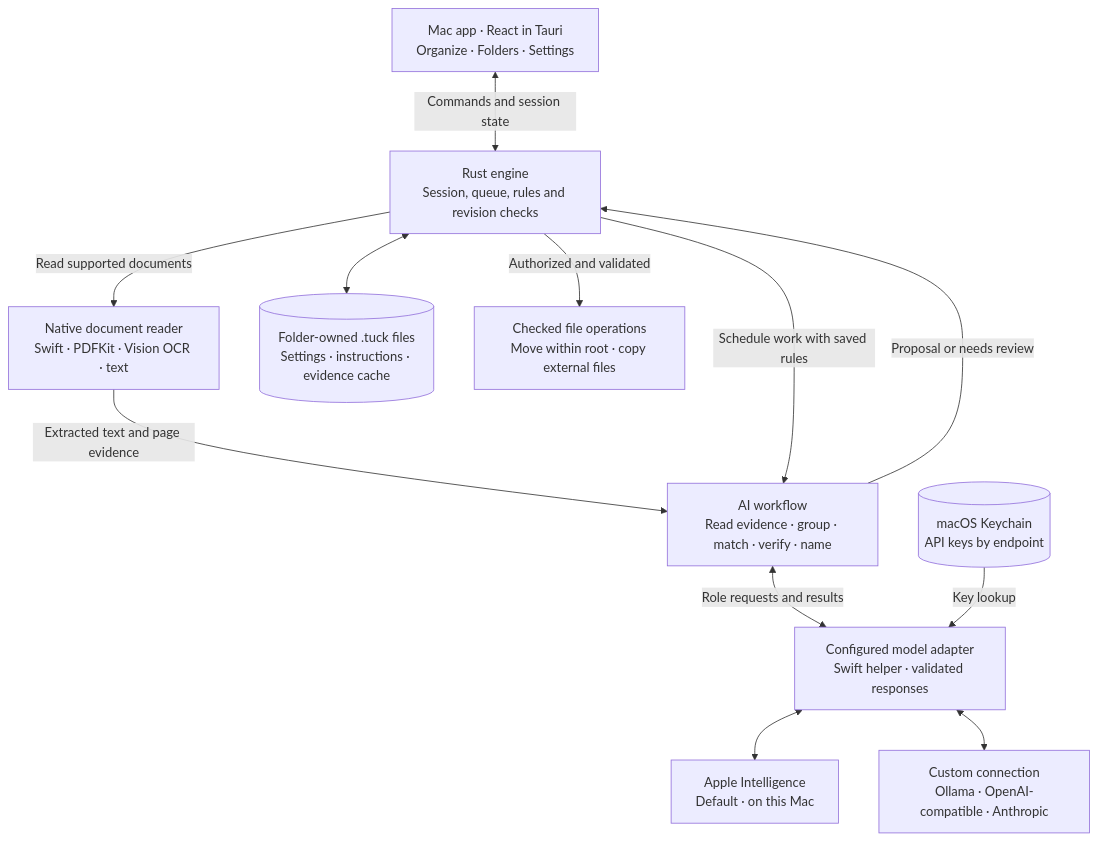
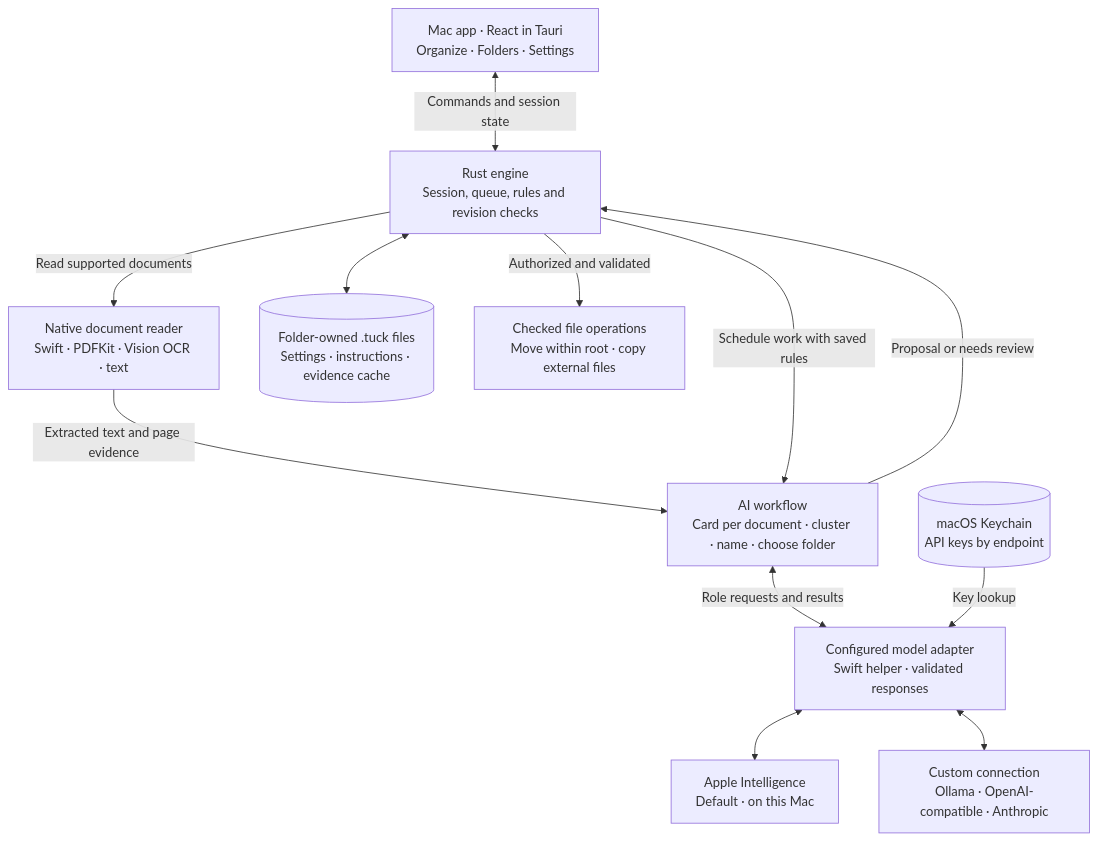
One commit to Haffaz/tuck changed the first of 2 diagrams in docs/architecture.md. Above: the diagram before and after it, drawn with Mermaid. The commit also changed other lines of this file and 28 other files, not shown here.

````diff
--- a/docs/architecture.md
+++ b/docs/architecture.md
@@ -9,24 +9,24 @@
 ```mermaid
 flowchart TD
     UI["Mac app · React in Tauri<br/>Organize · Folders · Settings"]
     CORE["Rust engine<br/>Session, queue, rules and revision checks"]
     EXTRACT["Native document reader<br/>Swift · PDFKit · Vision OCR · text"]
-    AI["AI workflow<br/>Read evidence · group · match · verify · name"]
+    AI["AI workflow<br/>Card per document · cluster · name · choose folder"]
     SELECT["Configured model adapter<br/>Swift helper · validated responses"]
     APPLE["Apple Intelligence<br/>Default · on this Mac"]
     CUSTOM["Custom connection<br/>Ollama · OpenAI-compatible · Anthropic"]
     STORE[("Folder-owned .tuck files<br/>Settings · instructions · evidence cache")]
     KEYS[("macOS Keychain<br/>API keys by endpoint")]
     FILES["Checked file operations<br/>Move within root · copy external files"]
     UI <-->|"Commands and session state"| CORE
     CORE -->|"Read supported documents"| EXTRACT
     EXTRACT -->|"Extracted text and page evidence"| AI
     CORE -->|"Schedule work with saved rules"| AI
     AI <-->|"Role requests and results"| SELECT
     SELECT <--> APPLE
     SELECT <--> CUSTOM
     KEYS -->|"Key lookup"| SELECT
     CORE <--> STORE
     AI -->|"Proposal or needs review"| CORE
     CORE -->|"Authorized and validated"| FILES
 ```
````
